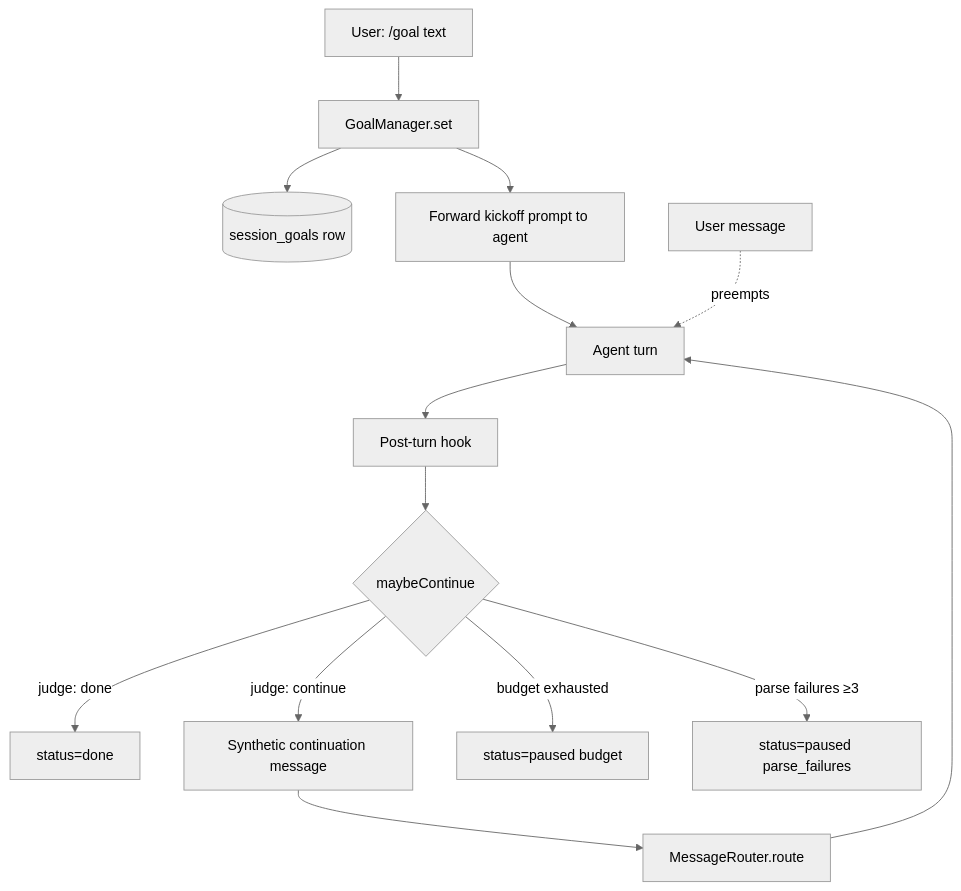
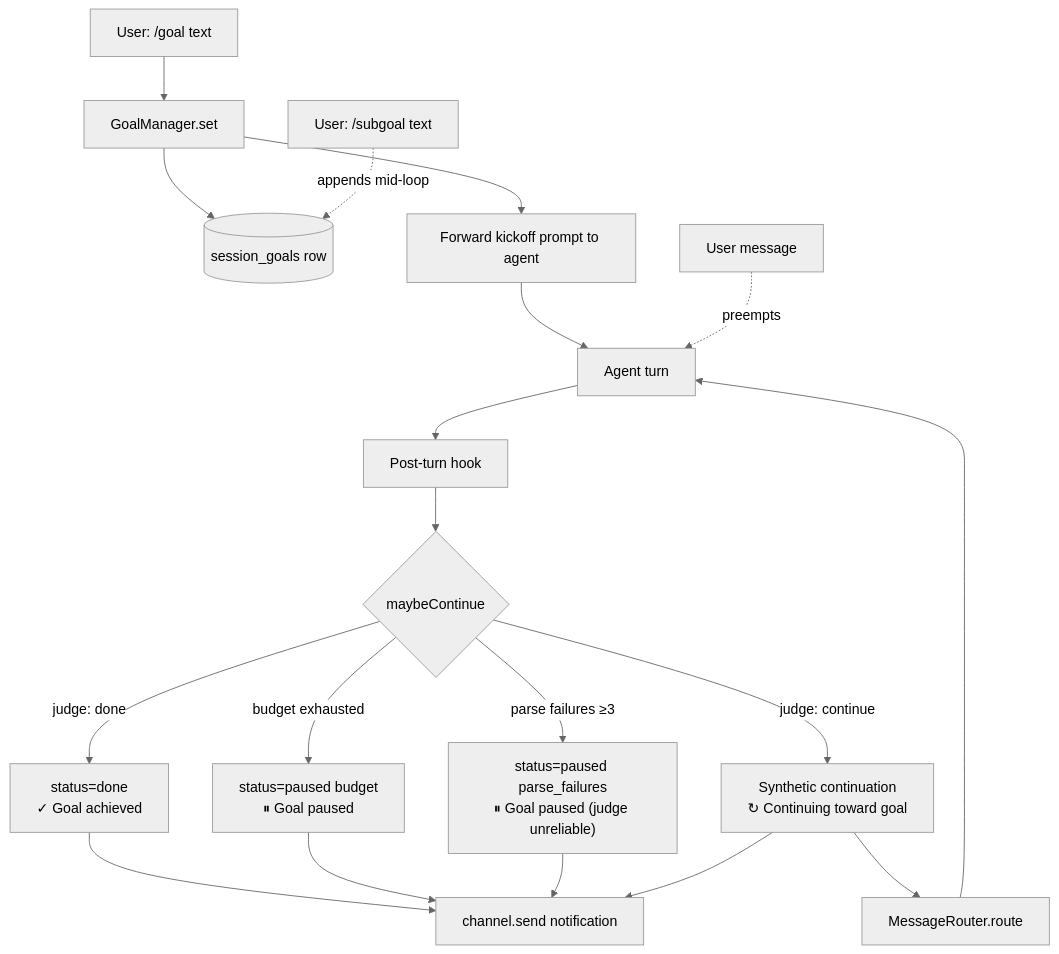
One commit to cris-m/flopsy changed the diagram in docs/goal.md. Above: the diagram before and after it, drawn with Mermaid (neutral theme). The commit also changed other lines of this file and 422 other files, not shown here.

````diff
--- a/docs/goal.md
+++ b/docs/goal.md
@@ -36,16 +48,21 @@
 ```mermaid
 flowchart TB
     USER[User: /goal text] --> SET[GoalManager.set]
     SET --> ROW[(session_goals row)]
     SET --> KICK[Forward kickoff prompt to agent]
     KICK --> TURN[Agent turn]
     TURN --> POST[Post-turn hook]
     POST --> MC{maybeContinue}
-    MC -->|judge: done| DONE[status=done]
-    MC -->|judge: continue| INJECT[Synthetic continuation message]
-    MC -->|budget exhausted| PAUSED[status=paused budget]
-    MC -->|parse failures ≥3| PAUSED2[status=paused parse_failures]
+    MC -->|judge: done| DONE["status=done<br>✓ Goal achieved"]
+    MC -->|judge: continue| INJECT["Synthetic continuation<br>↻ Continuing toward goal"]
+    MC -->|budget exhausted| PAUSED["status=paused budget<br>⏸ Goal paused"]
+    MC -->|parse failures ≥3| PAUSED2["status=paused parse_failures<br>⏸ Goal paused (judge unreliable)"]
     INJECT --> ROUTER[MessageRouter.route]
     ROUTER --> TURN
+    DONE --> NOTIFY[channel.send notification]
+    PAUSED --> NOTIFY
+    PAUSED2 --> NOTIFY
+    INJECT --> NOTIFY
     USER2[User message] -.preempts.-> TURN
+    SUBGOAL[User: /subgoal text] -.appends mid-loop.-> ROW
 ```
````
